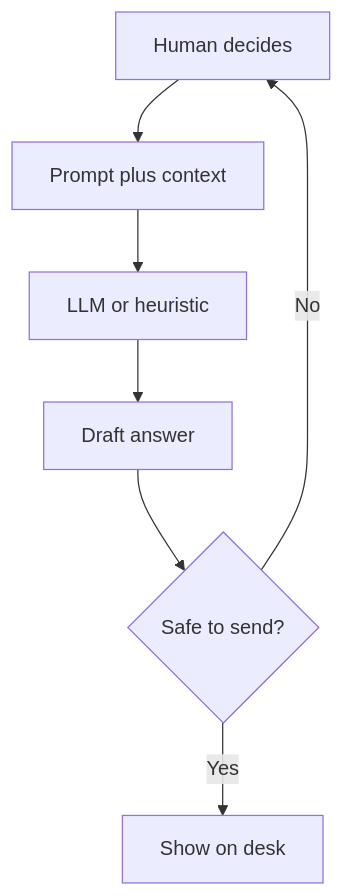
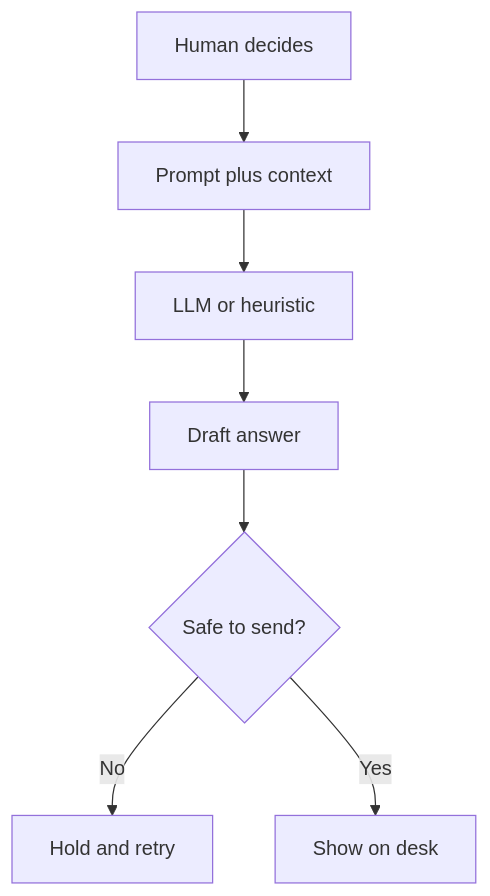
The first of 10 diagrams in platform/docs/AI_USE.md (hxyan2020/PRD), drawn with Mermaid before and after one commit. The commit also changed 2 other files, not shown here.

Commit message:
Fix AI Use Manual first flowchart cycle so mermaid layouts compactly.

````diff
--- a/platform/docs/AI_USE.md
+++ b/platform/docs/AI_USE.md
@@ -39,9 +39,9 @@
 ```mermaid
 graph TD
   Human[Human decides] --> Prompt[Prompt plus context]
   Prompt --> Model[LLM or heuristic]
   Model --> Out[Draft answer]
   Out --> Check{Safe to send?}
-  Check -->|No| Human
+  Check -->|No| Hold[Hold and retry]
   Check -->|Yes| Act[Show on desk]
 ```
````
